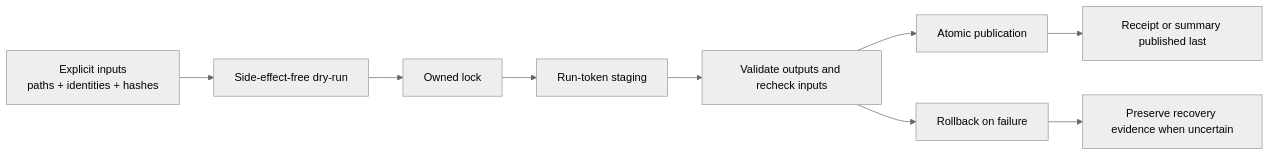
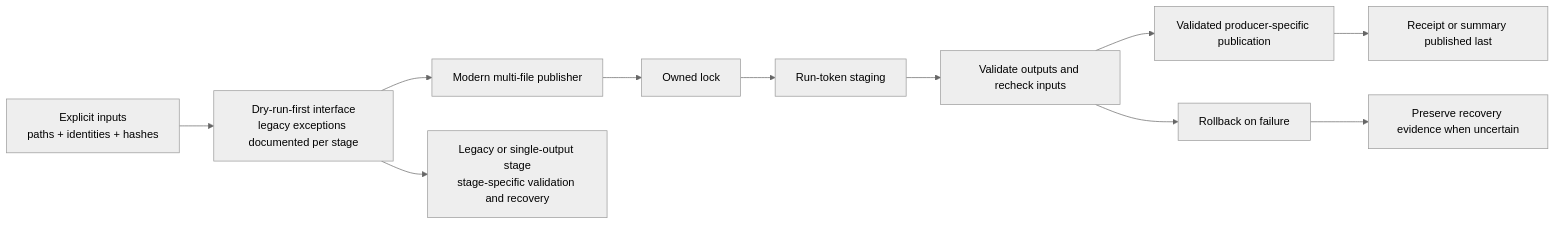
The diagram in docs/architecture/diagrams/reliability.mmd (lab-cats/EMRYS), drawn with Mermaid (neutral theme) before and after one commit. The commit also changed 8 other files, not shown here.

```diff
--- a/docs/architecture/diagrams/reliability.mmd
+++ b/docs/architecture/diagrams/reliability.mmd
@@ -1,9 +1,11 @@
 flowchart LR
-    inputs["Explicit inputs<br/>paths + identities + hashes"] --> dryrun["Side-effect-free dry-run"]
-    dryrun --> lock["Owned lock"]
+    inputs["Explicit inputs<br/>paths + identities + hashes"] --> dryrun["Dry-run-first interface<br/>legacy exceptions documented per stage"]
+    dryrun --> modern["Modern multi-file publisher"]
+    dryrun --> legacy["Legacy or single-output stage<br/>stage-specific validation and recovery"]
+    modern --> lock["Owned lock"]
     lock --> stage["Run-token staging"]
     stage --> validate["Validate outputs and recheck inputs"]
-    validate --> publish["Atomic publication"]
+    validate --> publish["Validated producer-specific publication"]
     publish --> marker["Receipt or summary published last"]
     validate --> rollback["Rollback on failure"]
     rollback --> recovery["Preserve recovery evidence when uncertain"]
```
